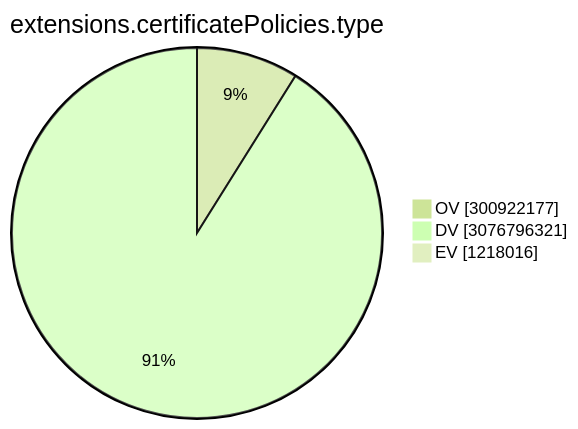
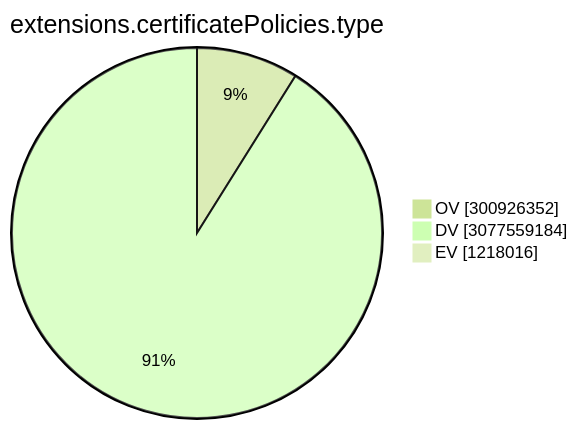
Before and after one commit to christiankrug/ctmonitor_visualization: the ninth of 15 diagrams in TOTAL/README.md, drawn with Mermaid (forest theme). The commit also changed other lines of this file, not shown here.

````diff
--- a/TOTAL/README.md
+++ b/TOTAL/README.md
@@ -3102,7 +3102,7 @@
 ```mermaid
 pie showData
 title extensions.certificatePolicies.type
-"OV" :300922177
-"DV" :3076796321
+"OV" :300926352
+"DV" :3077559184
 "EV" :1218016
 ```
````
